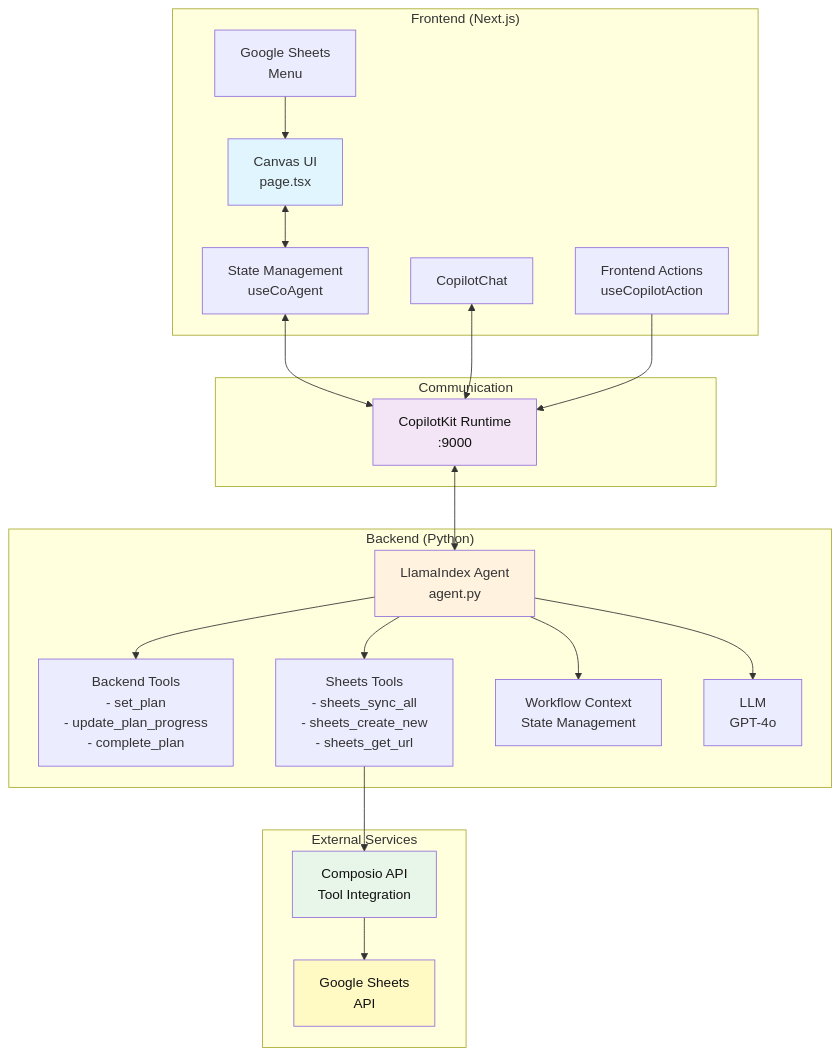
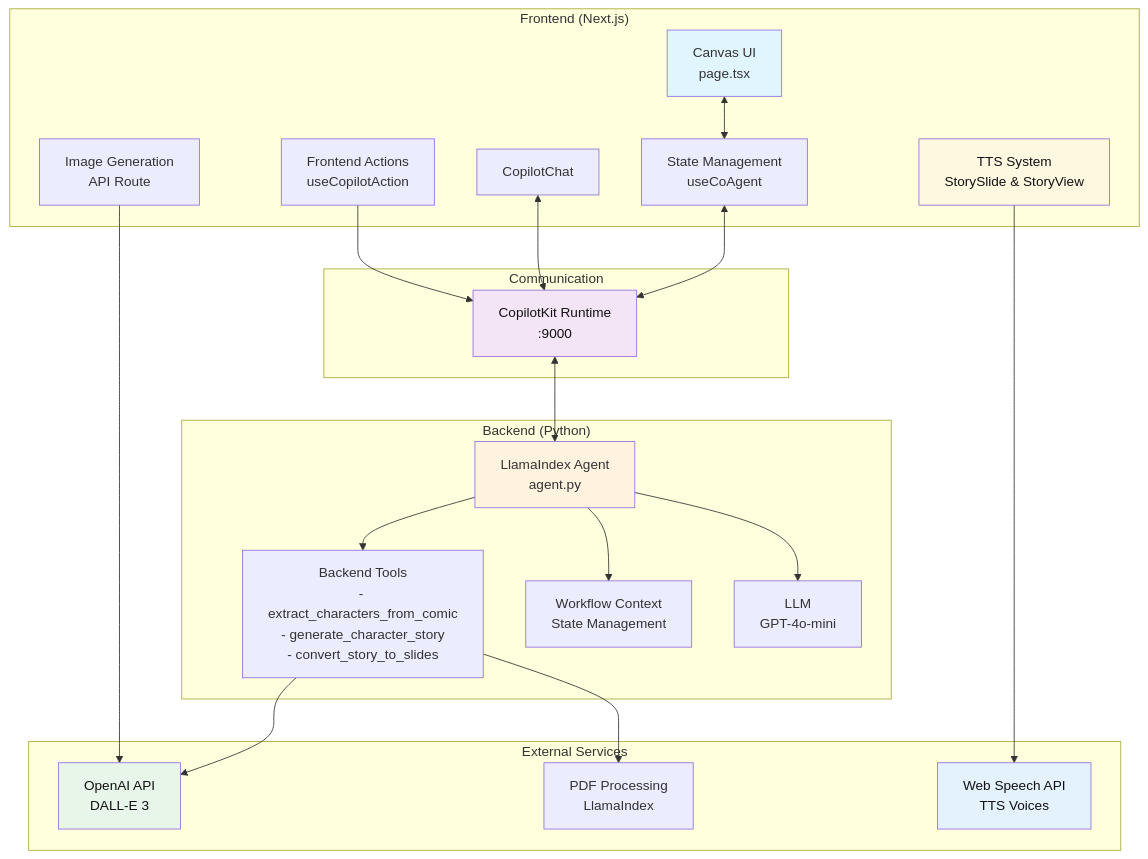
Before and after one commit to soul-bits/tiny_legends: the first of 2 diagrams in README.md, drawn with Mermaid. The commit also changed other lines of this file, not shown here.

````diff
--- a/README.md
+++ b/README.md
@@ -196,49 +155,48 @@
 ```mermaid
 graph TB
     subgraph "Frontend (Next.js)"
         UI[Canvas UI<br/>page.tsx]
         Actions[Frontend Actions<br/>useCopilotAction]
         State[State Management<br/>useCoAgent]
         Chat[CopilotChat]
-        SheetsBtn[Google Sheets<br/>Menu]
+        ImageAPI[Image Generation<br/>API Route]
+        TTS[TTS System<br/>StorySlide & StoryView]
     end
     
     subgraph "Backend (Python)"
         Agent[LlamaIndex Agent<br/>agent.py]
-        Tools[Backend Tools<br/>- set_plan<br/>- update_plan_progress<br/>- complete_plan]
-        SheetsTools[Sheets Tools<br/>- sheets_sync_all<br/>- sheets_create_new<br/>- sheets_get_url]
+        Tools[Backend Tools<br/>- extract_characters_from_comic<br/>- generate_character_story<br/>- convert_story_to_slides]
         AgentState[Workflow Context<br/>State Management]
-        Model[LLM<br/>GPT-4o]
+        Model[LLM<br/>GPT-4o-mini]
     end
     
     subgraph "External Services"
-        Composio[Composio API<br/>Tool Integration]
-        GSheets[Google Sheets<br/>API]
+        OpenAI[OpenAI API<br/>DALL-E 3]
+        PDF[PDF Processing<br/>LlamaIndex]
+        SpeechAPI[Web Speech API<br/>TTS Voices]
     end
     
     subgraph "Communication"
         Runtime[CopilotKit Runtime<br/>:9000]
     end
     
     UI <--> State
-    SheetsBtn --> UI
     State <--> Runtime
     Chat <--> Runtime
     Actions --> Runtime
     Runtime <--> Agent
     Agent --> Tools
-    Agent --> SheetsTools
-    SheetsTools --> Composio
-    Composio --> GSheets
+    Tools --> OpenAI
+    Tools --> PDF
     Agent --> AgentState
     Agent --> Model
+    ImageAPI --> OpenAI
+    TTS --> SpeechAPI
     
     style UI text-decoration:none,fill:#e1f5fe
     style Agent text-decoration:none,fill:#fff3e0
     style Runtime text-decoration:none,fill:#f3e5f5,color:#111111
-    style Composio text-decoration:none,fill:#e8f5e9,color:#111111
-    style GSheets text-decoration:none,fill:#fff9c4,color:#111111
-    
-    click UI "https://github.com/CopilotKit/canvas-with-llamaindex/blob/main/src/app/page.tsx"
-    click Agent "https://github.com/CopilotKit/canvas-with-llamaindex/blob/main/agent/agent/agent.py"
+    style OpenAI text-decoration:none,fill:#e8f5e9,color:#111111
+    style TTS text-decoration:none,fill:#fff8e1,color:#111111
+    style SpeechAPI text-decoration:none,fill:#e3f2fd,color:#111111
 ```
````
